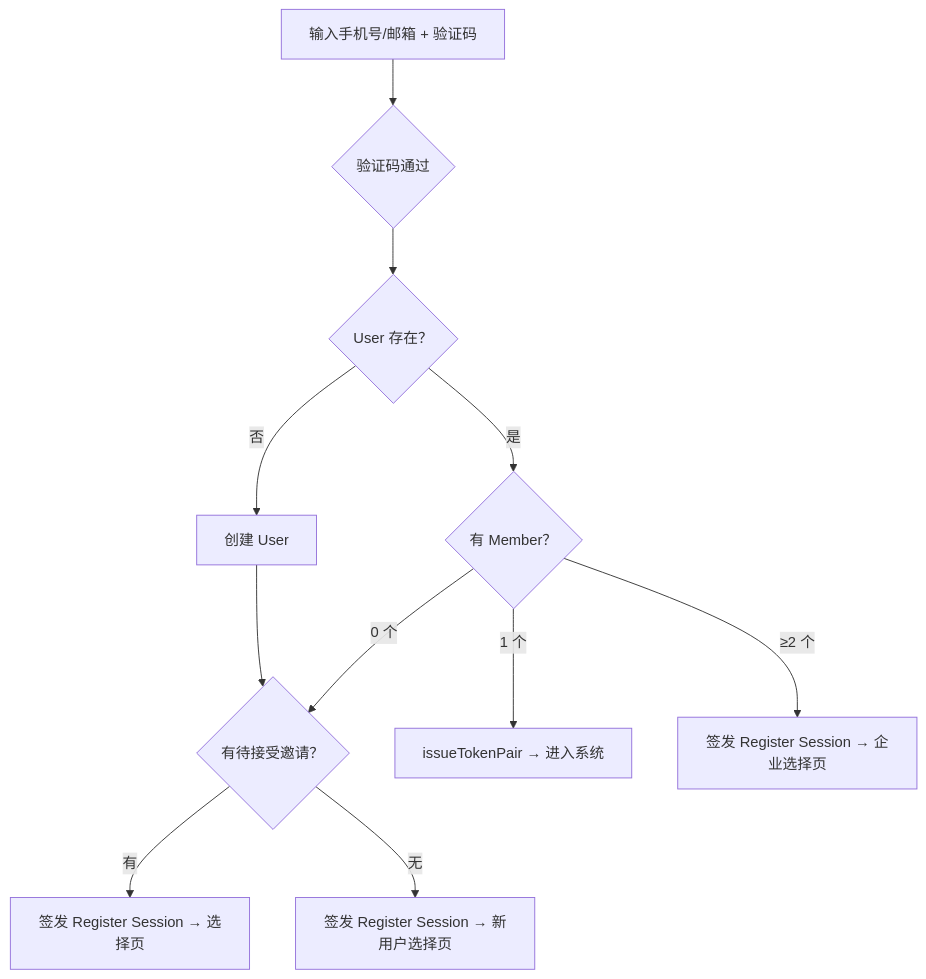
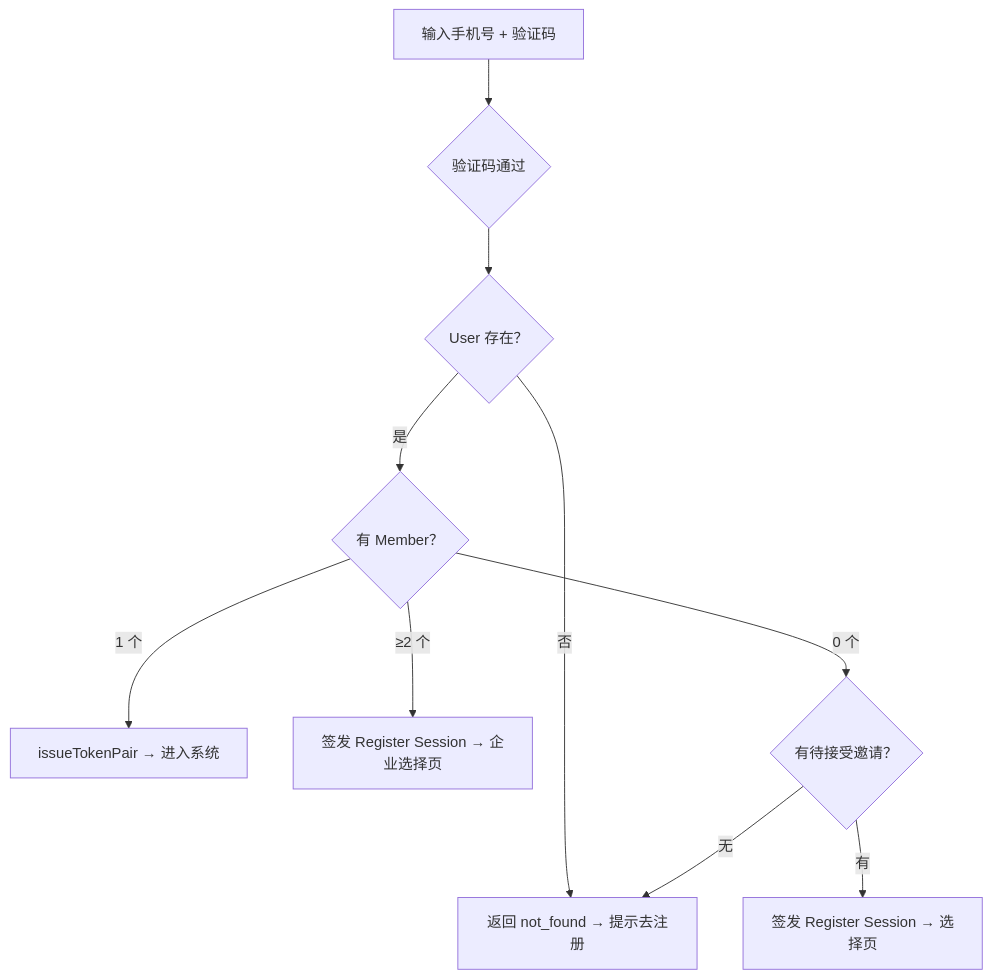
One commit to quyip8818/mytokenjoy changed the diagram in docs/saas/auth-flow.md. Above: the diagram before and after it, drawn with Mermaid. The commit also changed other lines of this file and 16 other files, not shown here.

Commit message:
update register flow

````diff
--- a/docs/saas/auth-flow.md
+++ b/docs/saas/auth-flow.md
@@ -126,13 +131,12 @@
 ```mermaid
 flowchart TD
-    A[输入手机号/邮箱 + 验证码] --> B{验证码通过}
+    A[输入手机号 + 验证码] --> B{验证码通过}
     B --> C{User 存在？}
-    C -->|否| E[创建 User]
+    C -->|否| N[返回 not_found → 提示去注册]
     C -->|是| D{有 Member？}
-    E --> F{有待接受邀请？}
     D -->|1 个| G[issueTokenPair → 进入系统]
     D -->|≥2 个| H[签发 Register Session → 企业选择页]
-    D -->|0 个| F
+    D -->|0 个| F{有待接受邀请？}
     F -->|有| I[签发 Register Session → 选择页]
-    F -->|无| J[签发 Register Session → 新用户选择页]
+    F -->|无| N
 ```
````
